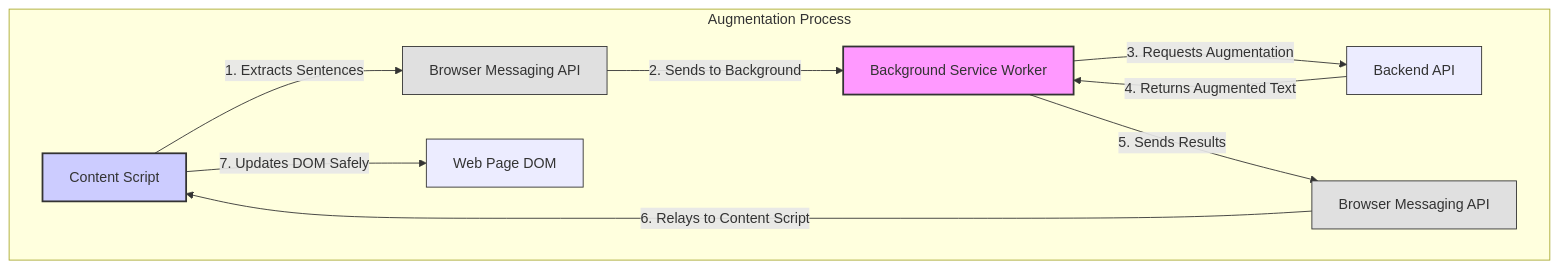
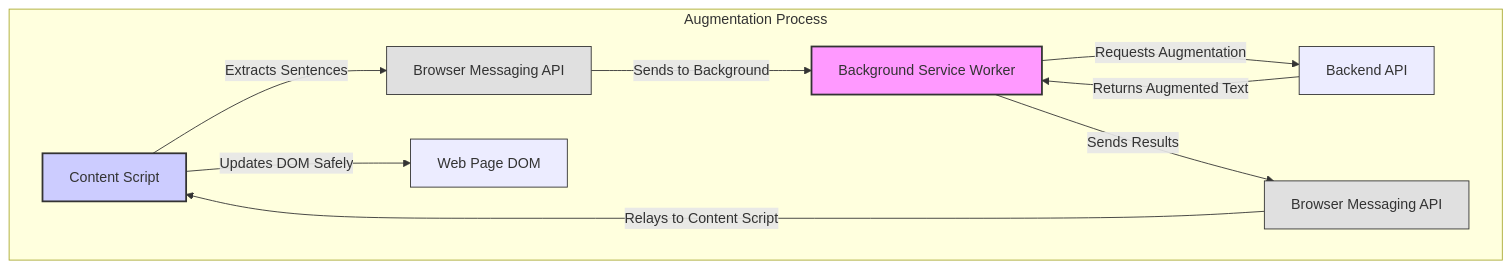
One commit to GliteTech/glite-browser-extension changed the third of 4 diagrams in docs/specification/v2.md. Above: the diagram before and after it, drawn with Mermaid.

````diff
--- a/docs/specification/v2.md
+++ b/docs/specification/v2.md
@@ -829,19 +829,19 @@
 ```mermaid
 graph TD
     subgraph Augmentation Process
-        CS["Content Script"] -- "1. Extracts Sentences" --> BAPI1["Browser Messaging API"]
-        BAPI1 -- "2. Sends to Background" --> BSW["Background Service Worker"]
-        BSW -- "3. Requests Augmentation" --> Backend["Backend API"]
-        Backend -- "4. Returns Augmented Text" --> BSW
-        BSW -- "5. Sends Results" --> BAPI2["Browser Messaging API"]
-        BAPI2 -- "6. Relays to Content Script" --> CS
-        CS -- "7. Updates DOM Safely" --> DOM["Web Page DOM"]
+        CS["Content Script"] -- "Extracts Sentences" --> BAPI1["Browser Messaging API"]
+        BAPI1 -- "Sends to Background" --> BSW["Background Service Worker"]
+        BSW -- "Requests Augmentation" --> Backend["Backend API"]
+        Backend -- "Returns Augmented Text" --> BSW
+        BSW -- "Sends Results" --> BAPI2["Browser Messaging API"]
+        BAPI2 -- "Relays to Content Script" --> CS
+        CS -- "Updates DOM Safely" --> DOM["Web Page DOM"]
     end
 
     style BSW fill:#f9f,stroke:#333,stroke-width:2px
     style CS fill:#ccf,stroke:#333,stroke-width:2px
     style Backend fill:#lightgreen,stroke:#333,stroke-width:1px
     style BAPI1 fill:#e0e0e0,stroke:#333,stroke-width:1px
     style BAPI2 fill:#e0e0e0,stroke:#333,stroke-width:1px
     style DOM fill:#lightblue,stroke:#333,stroke-width:1px
 ```
````
